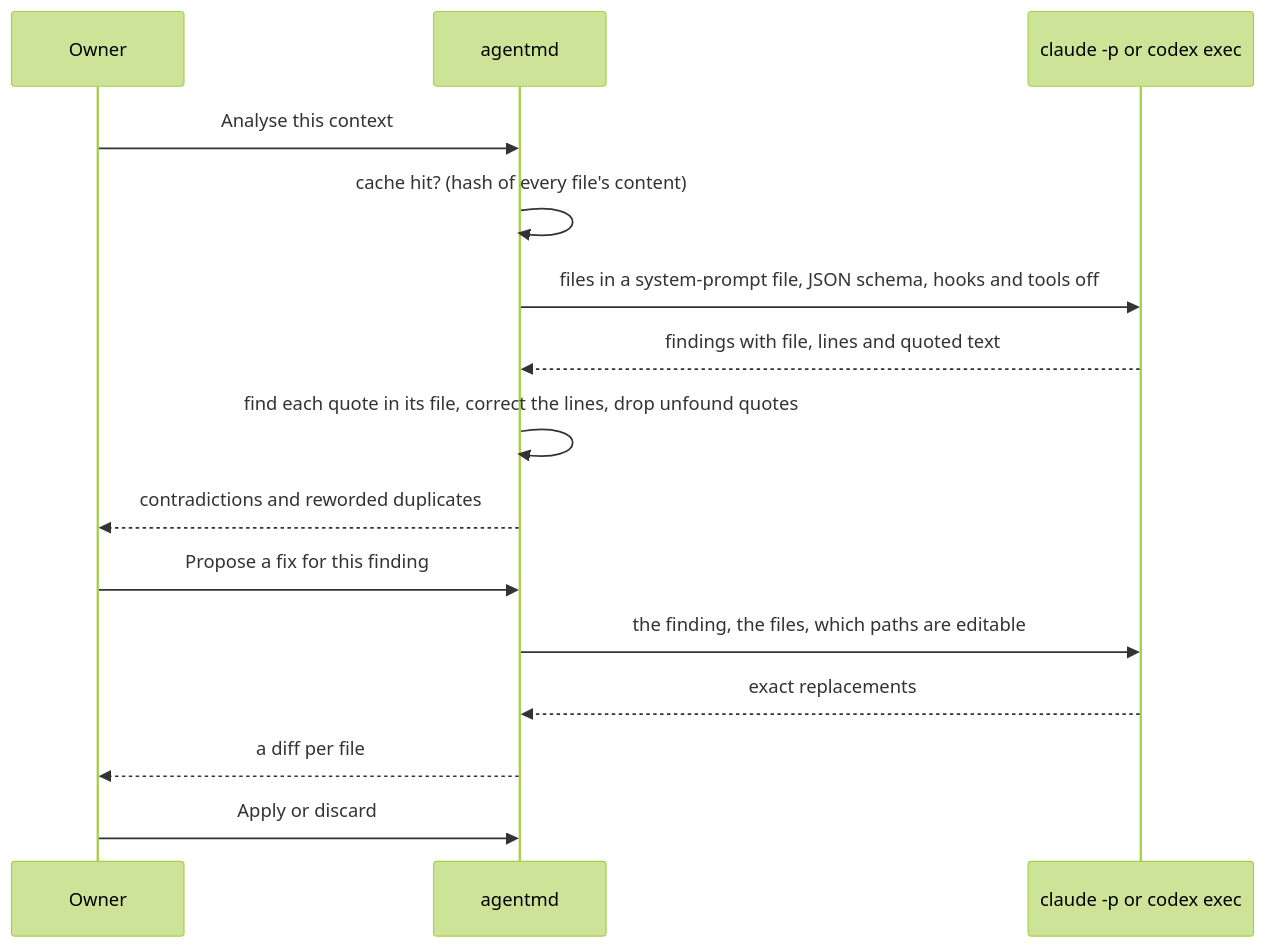
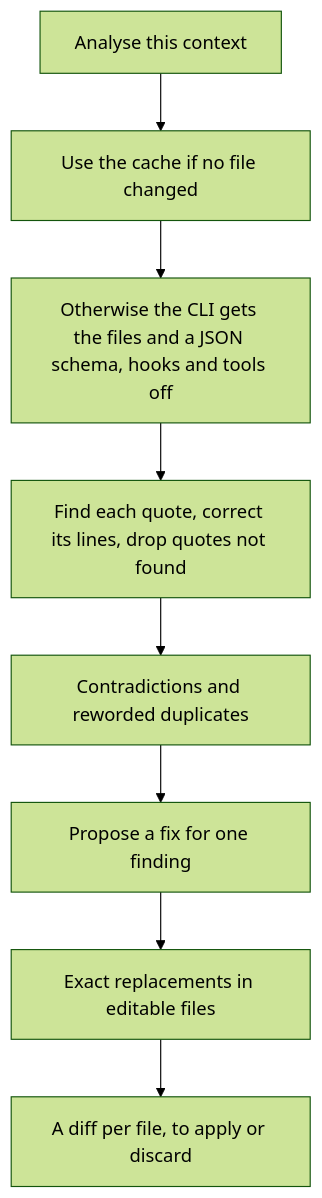
The third of 4 diagrams in docs/plans/2026-09-26-agentmd-v1.md (ViktorBarzin/agentmd), drawn with Mermaid (forest theme) before and after one commit. The commit also changed other lines of this file, not shown here.

First line of the commit message:
Redraw the plan's diagrams as narrow top-down flows

````diff
--- a/docs/plans/2026-09-26-agentmd-v1.md
+++ b/docs/plans/2026-09-26-agentmd-v1.md
@@ -244,17 +221,10 @@
 ```mermaid
-sequenceDiagram
-  participant U as Owner
-  participant M as agentmd
-  participant CLI as claude -p or codex exec
-  U->>M: Analyse this context
-  M->>M: cache hit? (hash of every file's content)
-  M->>CLI: files in a system-prompt file, JSON schema, hooks and tools off
-  CLI-->>M: findings with file, lines and quoted text
-  M->>M: find each quote in its file, correct the lines, drop unfound quotes
-  M-->>U: contradictions and reworded duplicates
-  U->>M: Propose a fix for this finding
-  M->>CLI: the finding, the files, which paths are editable
-  CLI-->>M: exact replacements
-  M-->>U: a diff per file
-  U->>M: Apply or discard
+flowchart TD
+  A[Analyse this context] --> CH[Use the cache if no file changed]
+  CH --> RUN[Otherwise the CLI gets the files and a JSON schema, hooks and tools off]
+  RUN --> CHK[Find each quote, correct its lines, drop quotes not found]
+  CHK --> R[Contradictions and reworded duplicates]
+  R --> FIX[Propose a fix for one finding]
+  FIX --> EDITS[Exact replacements in editable files]
+  EDITS --> DIFF[A diff per file, to apply or discard]
 ```
````
